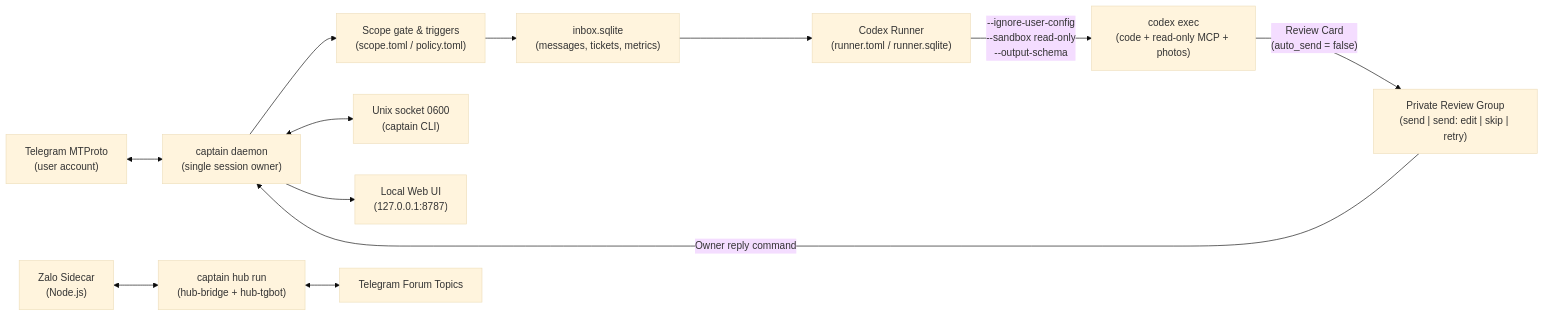
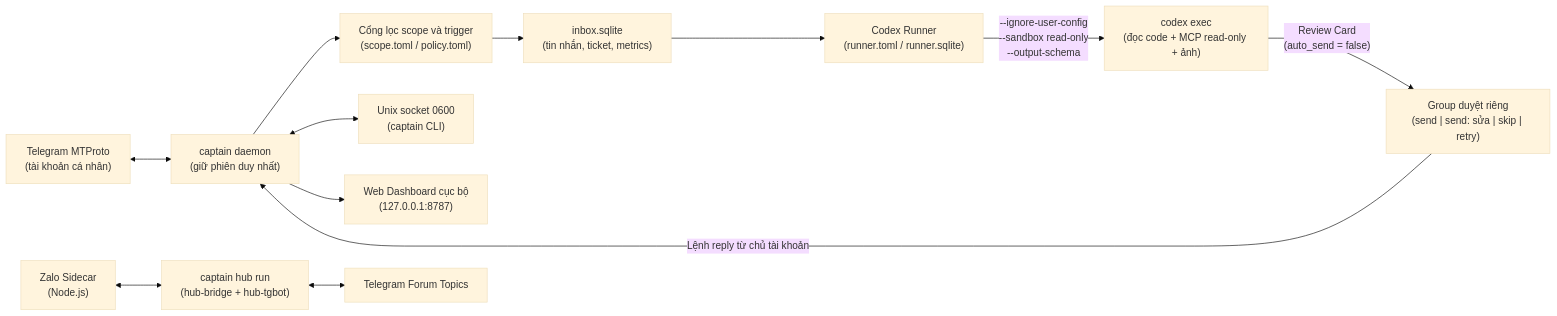
One commit to nguyentantai21042004/communicate-hub changed the diagram in README.md. Above: the diagram before and after it, drawn with Mermaid (base theme). The commit also changed other lines of this file and 11 other files, not shown here.

````diff
--- a/README.md
+++ b/README.md
@@ -14,16 +30,16 @@
 ```mermaid
 flowchart LR
-    TG["Telegram MTProto<br/>(user account)"] <--> D["captain daemon<br/>(single session owner)"]
-    D --> SG["Scope gate & triggers<br/>(scope.toml / policy.toml)"]
-    SG --> DB["inbox.sqlite<br/>(messages, tickets, metrics)"]
+    TG["Telegram MTProto<br/>(tài khoản cá nhân)"] <--> D["captain daemon<br/>(giữ phiên duy nhất)"]
+    D --> SG["Cổng lọc scope và trigger<br/>(scope.toml / policy.toml)"]
+    SG --> DB["inbox.sqlite<br/>(tin nhắn, ticket, metrics)"]
     D <--> IPC["Unix socket 0600<br/>(captain CLI)"]
-    D --> WEB["Local Web UI<br/>(127.0.0.1:8787)"]
+    D --> WEB["Web Dashboard cục bộ<br/>(127.0.0.1:8787)"]
 
     DB --> RUN["Codex Runner<br/>(runner.toml / runner.sqlite)"]
-    RUN -->|"--ignore-user-config<br/>--sandbox read-only<br/>--output-schema"| CX["codex exec<br/>(code + read-only MCP + photos)"]
-    CX -->|"Review Card<br/>(auto_send = false)"| RG["Private Review Group<br/>(send | send: edit | skip | retry)"]
-    RG -->|"Owner reply command"| D
+    RUN -->|"--ignore-user-config<br/>--sandbox read-only<br/>--output-schema"| CX["codex exec<br/>(đọc code + MCP read-only + ảnh)"]
+    CX -->|"Review Card<br/>(auto_send = false)"| RG["Group duyệt riêng<br/>(send | send: sửa | skip | retry)"]
+    RG -->|"Lệnh reply từ chủ tài khoản"| D
 
     ZALO["Zalo Sidecar<br/>(Node.js)"] <--> HUB["captain hub run<br/>(hub-bridge + hub-tgbot)"]
     HUB <--> FORUM["Telegram Forum Topics"]
 ```
````
